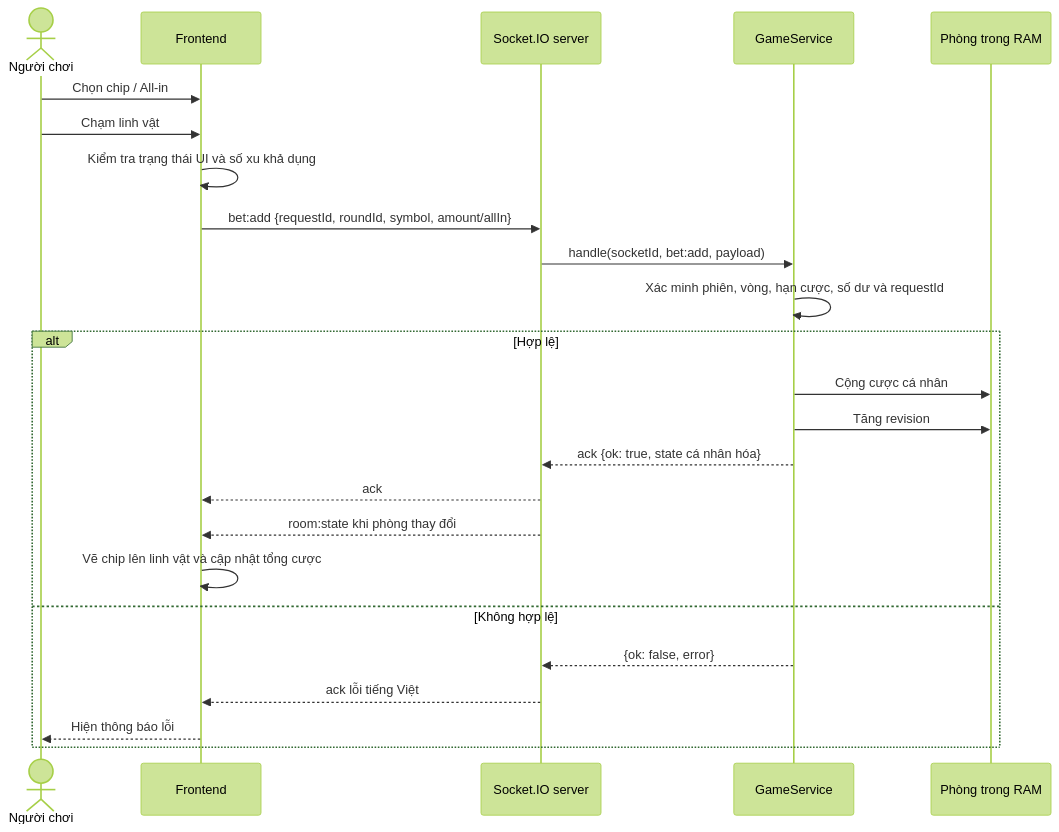
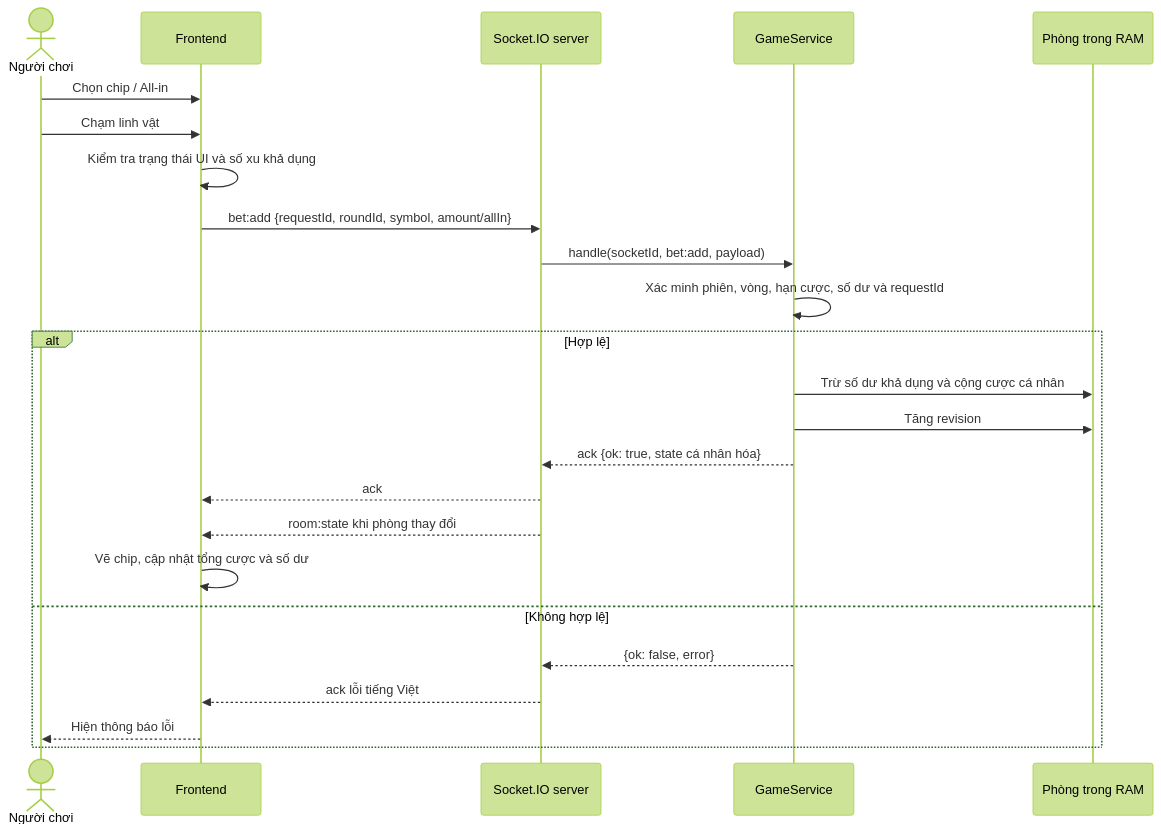
The third of 6 diagrams in docs/TONG_HOP_CHUC_NANG_VA_SO_DO.md (NamICT135/BAU-CUA-ARENA-ONLINE), drawn with Mermaid (forest theme) before and after one commit. The commit also changed other lines of this file and 154 other files, not shown here.

````diff
--- a/docs/TONG_HOP_CHUC_NANG_VA_SO_DO.md
+++ b/docs/TONG_HOP_CHUC_NANG_VA_SO_DO.md
@@ -227,27 +234,27 @@
 ```mermaid
 sequenceDiagram
     actor P as Người chơi
     participant C as Frontend
     participant S as Socket.IO server
     participant G as GameService
     participant R as Phòng trong RAM
 
     P->>C: Chọn chip / All-in
     P->>C: Chạm linh vật
     C->>C: Kiểm tra trạng thái UI và số xu khả dụng
     C->>S: bet:add {requestId, roundId, symbol, amount/allIn}
     S->>G: handle(socketId, bet:add, payload)
     G->>G: Xác minh phiên, vòng, hạn cược, số dư và requestId
     alt Hợp lệ
-        G->>R: Cộng cược cá nhân
+        G->>R: Trừ số dư khả dụng và cộng cược cá nhân
         G->>R: Tăng revision
         G-->>S: ack {ok: true, state cá nhân hóa}
         S-->>C: ack
         S-->>C: room:state khi phòng thay đổi
-        C->>C: Vẽ chip lên linh vật và cập nhật tổng cược
+        C->>C: Vẽ chip, cập nhật tổng cược và số dư
     else Không hợp lệ
         G-->>S: {ok: false, error}
         S-->>C: ack lỗi tiếng Việt
         C-->>P: Hiện thông báo lỗi
     end
 ```
````
